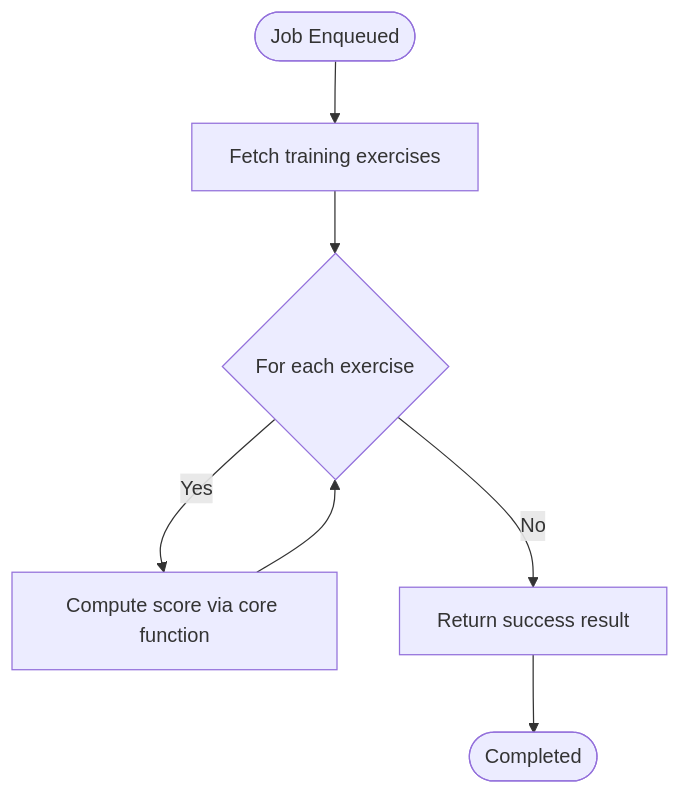
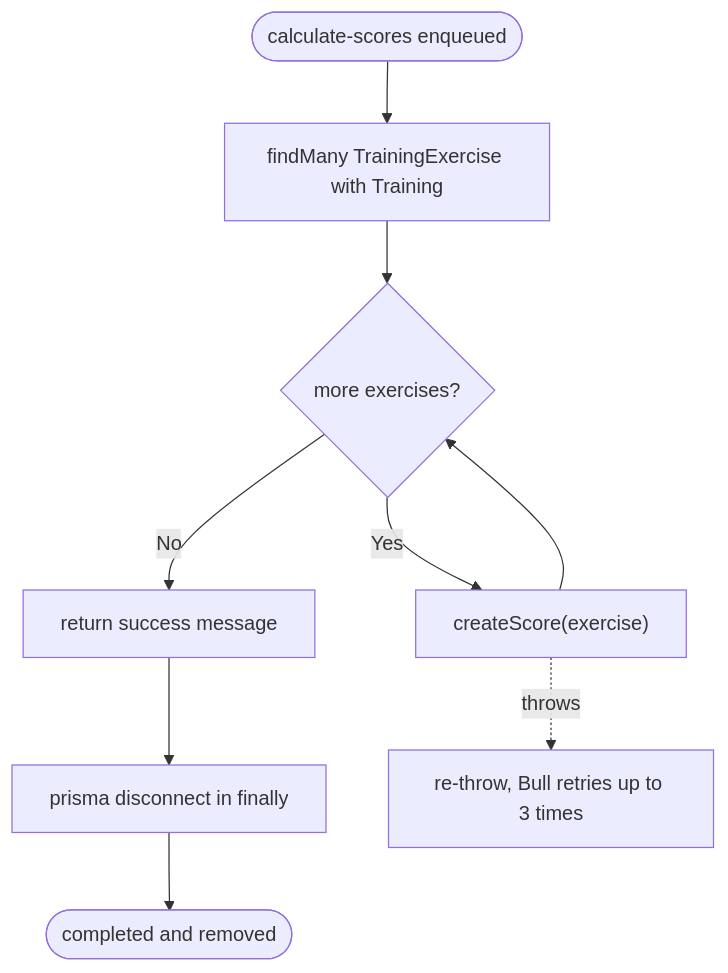
One commit to Dezzpil/meingym changed the third of 9 diagrams in .qoder/repowiki/en/content/Background Job System.md. Above: the diagram before and after it, drawn with Mermaid. The commit also changed other lines of this file and 12 other files, not shown here.

````diff
--- a/.qoder/repowiki/en/content/Background Job System.md
+++ b/.qoder/repowiki/en/content/Background Job System.md
@@ -184,9 +237,11 @@
 ```mermaid
 flowchart TD
-Start(["Job Enqueued"]) --> FetchExercises["Fetch training exercises"]
-FetchExercises --> Loop{"For each exercise"}
-Loop --> |Yes| ComputeScore["Compute score via core function"]
+Start(["calculate-scores enqueued"]) --> FetchExercises["findMany TrainingExercise with Training"]
+FetchExercises --> Loop{"more exercises?"}
+Loop --> |Yes| ComputeScore["createScore(exercise)"]
 ComputeScore --> Loop
-Loop --> |No| Success["Return success result"]
-Success --> End(["Completed"])
+Loop --> |No| Success["return success message"]
+Success --> Disconnect["prisma disconnect in finally"]
+Disconnect --> End(["completed and removed"])
+ComputeScore -.-> |throws| Retry["re-throw, Bull retries up to 3 times"]
 ```
````
